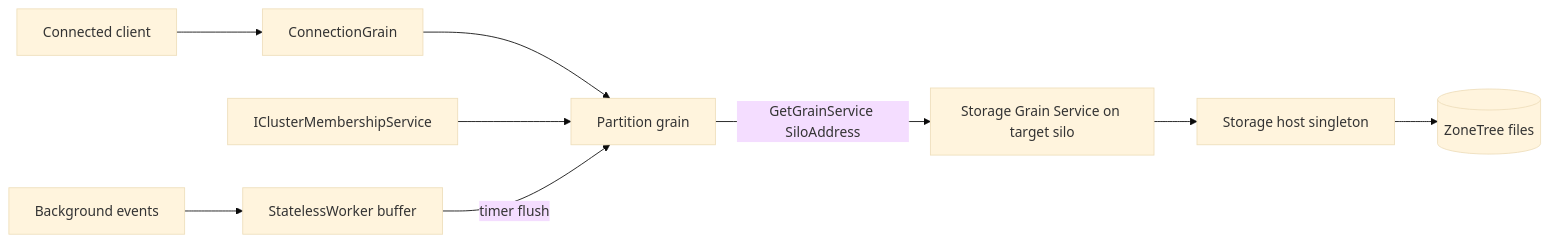
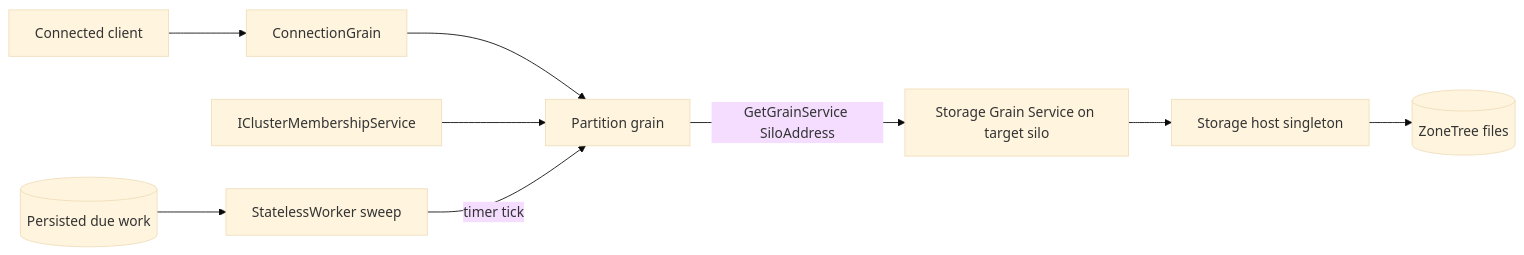
One commit to managedcode/KeyLoad changed the diagram in docs/ADR/ADR-110-orleans-execution-primitives.md. Above: the diagram before and after it, drawn with Mermaid (base theme). The commit also changed other lines of this file and 12 other files, not shown here.

````diff
--- a/docs/ADR/ADR-110-orleans-execution-primitives.md
+++ b/docs/ADR/ADR-110-orleans-execution-primitives.md
@@ -25,11 +25,11 @@
 ```mermaid
 flowchart LR
     Client[Connected client] --> Conn[ConnectionGrain]
     Conn --> Part[Partition grain]
     Part -->|GetGrainService SiloAddress| Svc[Storage Grain Service on target silo]
     Membership[IClusterMembershipService] --> Part
     Svc --> Host[Storage host singleton]
     Host --> Files[(ZoneTree files)]
-    Events[Background events] --> Worker[StatelessWorker buffer]
-    Worker -->|timer flush| Part
+    Records[(Persisted due work)] --> Worker[StatelessWorker sweep]
+    Worker -->|timer tick| Part
 ```
````
